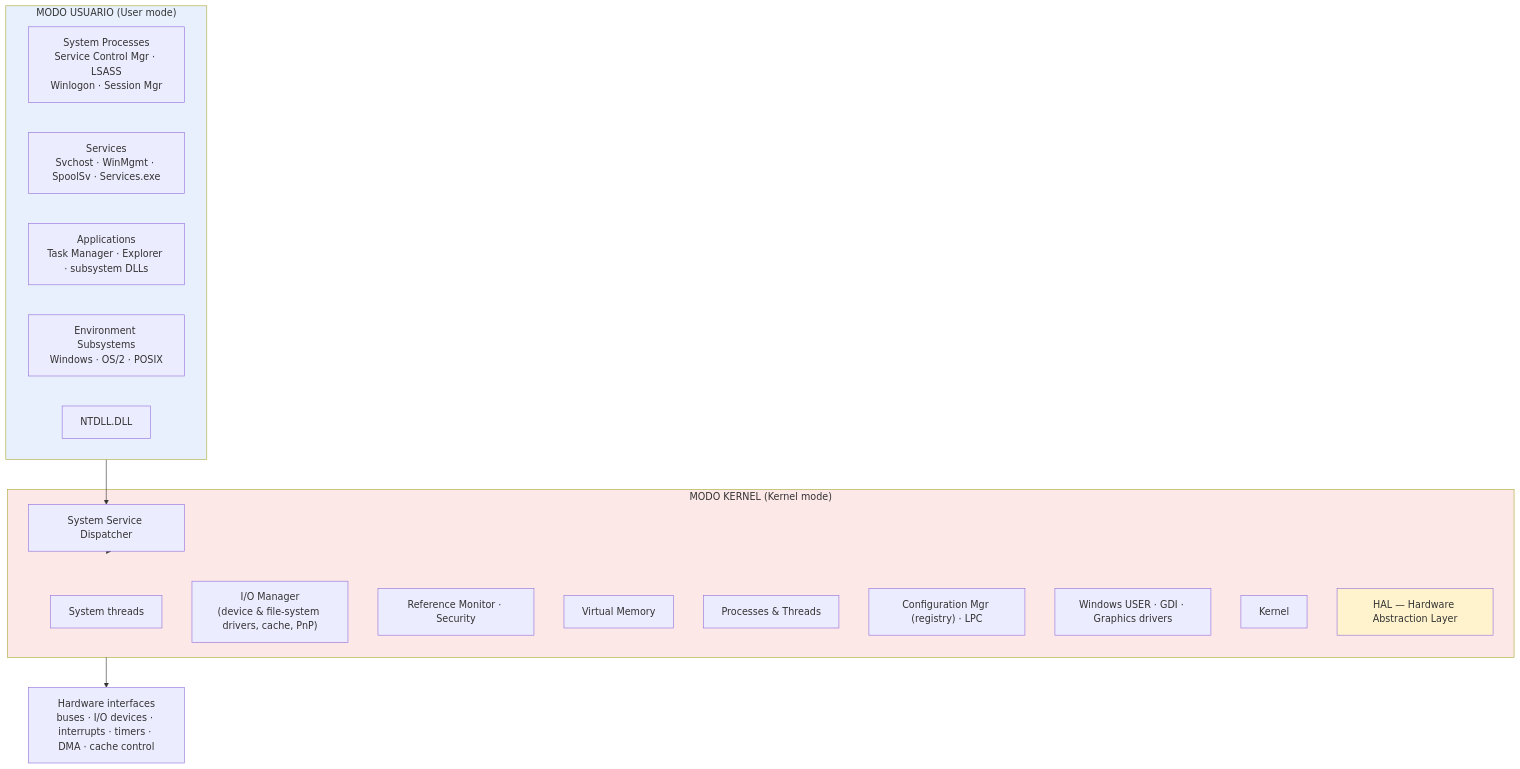
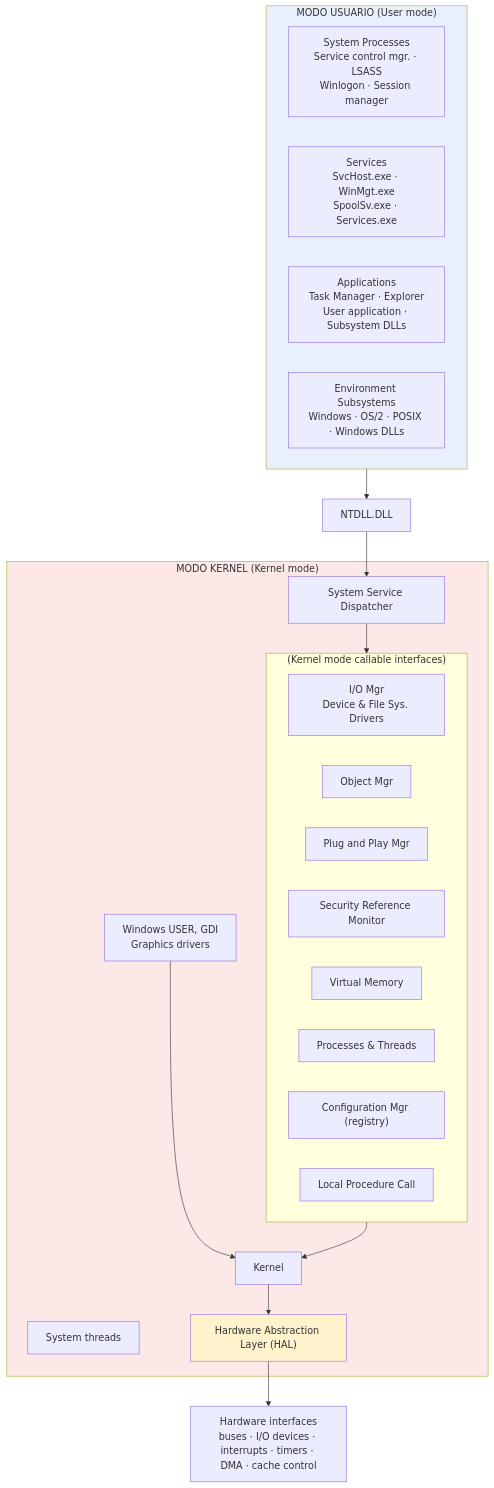
The first of 9 diagrams in Robles/07-Introduccion-SO.md (Masterkillerr/os-course), drawn with Mermaid before and after one commit. The commit also changed other lines of this file, not shown here.

First line of the commit message:
Fix Windows NT/HAL architecture diagram to match professor's actual slide

````diff
--- a/Robles/07-Introduccion-SO.md
+++ b/Robles/07-Introduccion-SO.md
@@ -156,28 +186,36 @@
 ```mermaid
 graph TD
     subgraph UM["MODO USUARIO (User mode)"]
-        SP["System Processes<br/>Service Control Mgr · LSASS<br/>Winlogon · Session Mgr"]
-        SV["Services<br/>Svchost · WinMgmt · SpoolSv · Services.exe"]
-        AP["Applications<br/>Task Manager · Explorer · subsystem DLLs"]
-        ES["Environment Subsystems<br/>Windows · OS/2 · POSIX"]
-        NT["NTDLL.DLL"]
+        SP["System Processes<br/>Service control mgr. · LSASS<br/>Winlogon · Session manager"]
+        SV["Services<br/>SvcHost.exe · WinMgt.exe<br/>SpoolSv.exe · Services.exe"]
+        AP["Applications<br/>Task Manager · Explorer<br/>User application · Subsystem DLLs"]
+        ES["Environment Subsystems<br/>Windows · OS/2 · POSIX · Windows DLLs"]
     end
+    NT["NTDLL.DLL"]
     subgraph KM["MODO KERNEL (Kernel mode)"]
         ST["System threads"]
         SD["System Service Dispatcher"]
-        IO["I/O Manager<br/>(device & file-system drivers, cache, PnP)"]
-        RS["Reference Monitor · Security"]
-        VM["Virtual Memory"]
-        PT["Processes & Threads"]
-        CM["Configuration Mgr (registry) · LPC"]
-        UG["Windows USER · GDI · Graphics drivers"]
+        subgraph KCI["(Kernel mode callable interfaces)"]
+            IO["I/O Mgr<br/>Device & File Sys. Drivers"]
+            OM["Object Mgr"]
+            PP["Plug and Play Mgr"]
+            RS["Security Reference Monitor"]
+            VM["Virtual Memory"]
+            PT["Processes & Threads"]
+            CM["Configuration Mgr (registry)"]
+            LP["Local Procedure Call"]
+        end
+        UG["Windows USER, GDI<br/>Graphics drivers"]
         KN["Kernel"]
-        HAL["HAL — Hardware Abstraction Layer"]
+        HAL["Hardware Abstraction Layer (HAL)"]
     end
-    UM --> SD
-    SD --> KM
-    KM --> HW["Hardware interfaces<br/>buses · I/O devices · interrupts · timers · DMA · cache control"]
+    UM --> NT --> SD
+    SD --> KCI
+    KCI --> KN
+    UG --> KN
+    KN --> HAL
+    HAL --> HW["Hardware interfaces<br/>buses · I/O devices · interrupts · timers · DMA · cache control"]
     style UM fill:#e8f0fe
     style KM fill:#fde8e8
     style HAL fill:#fff3cd
 ```
````
